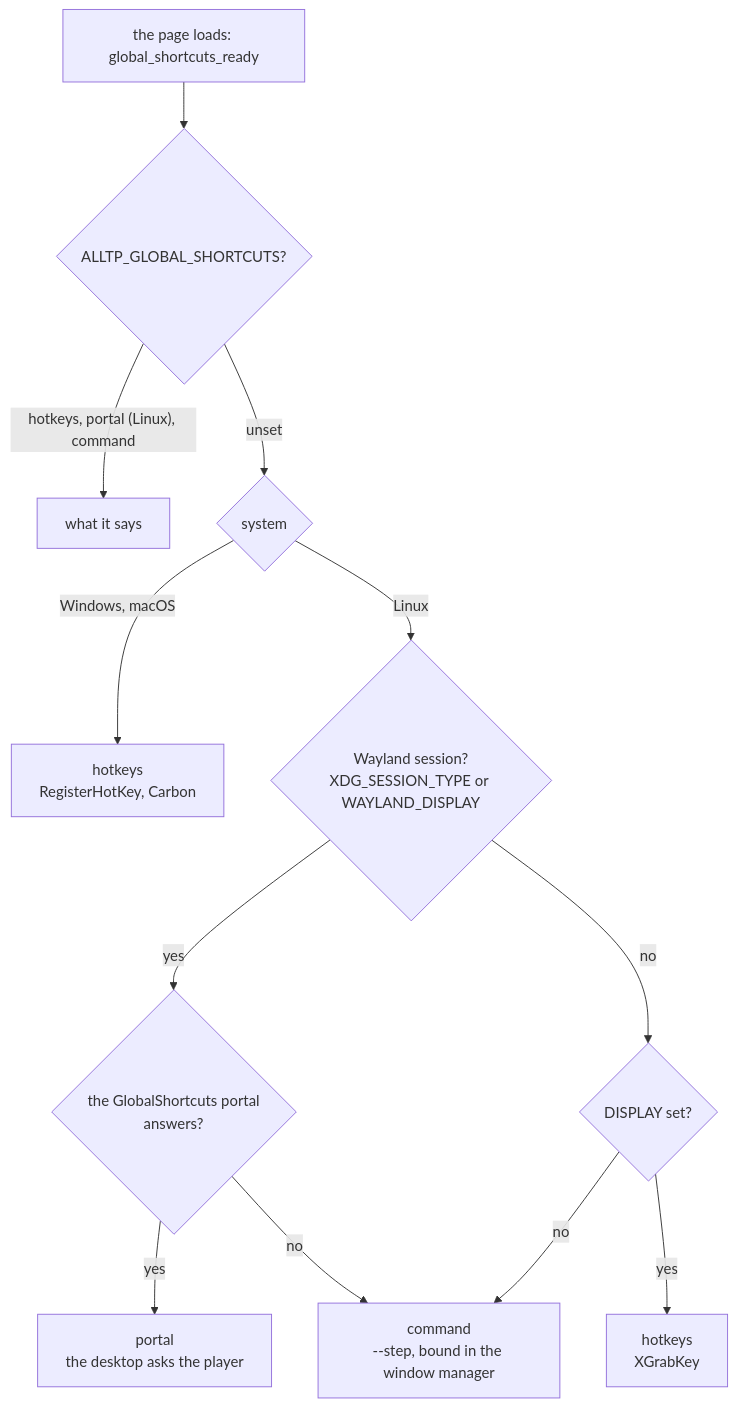
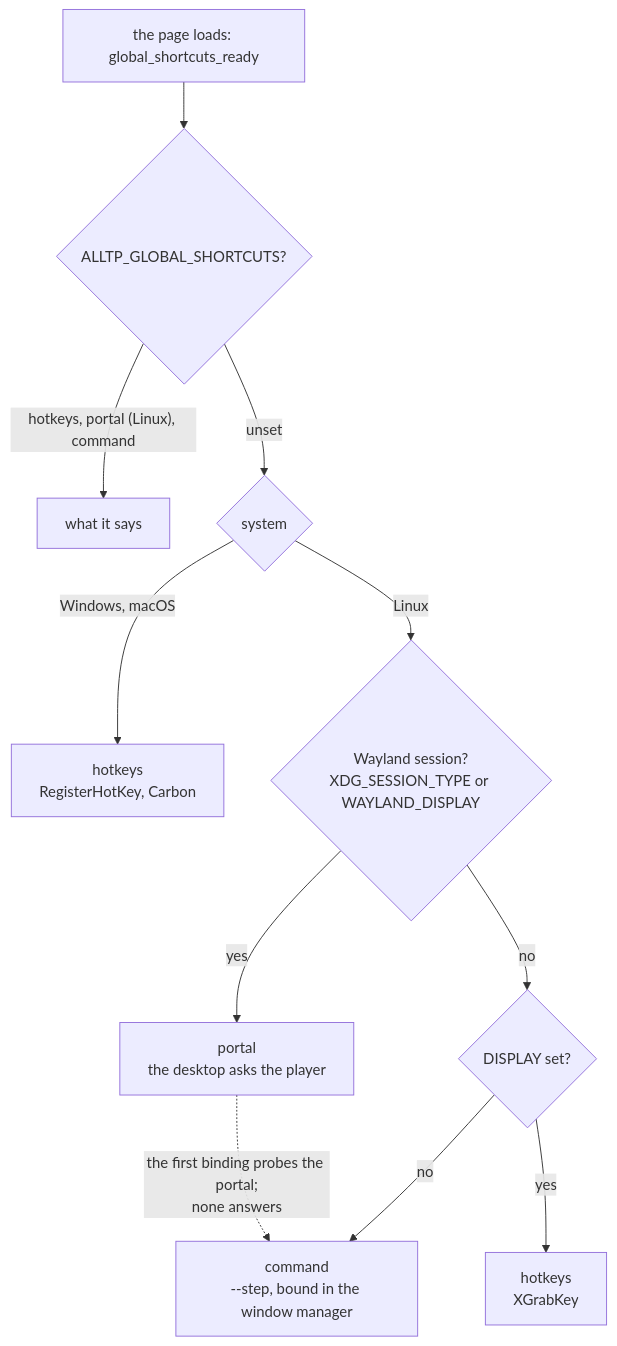
The third of 6 diagrams in docs/desktop.md (kqesar/alltp-tracker), drawn with Mermaid before and after one commit. The commit also changed other lines of this file and 3 other files, not shown here.

First line of the commit message:
fix(desktop): touch nothing on Wayland until the first binding, and bound the probe

````diff
--- a/docs/desktop.md
+++ b/docs/desktop.md
@@ -95,14 +95,13 @@
 ```mermaid
 flowchart TD
   ready["the page loads: global_shortcuts_ready"] --> forced{"ALLTP_GLOBAL_SHORTCUTS?"}
   forced -- "hotkeys, portal (Linux), command" --> chosen["what it says"]
   forced -- "unset" --> os{"system"}
   os -- "Windows, macOS" --> hotkeys["hotkeys<br/>RegisterHotKey, Carbon"]
   os -- "Linux" --> wayland{"Wayland session?<br/>XDG_SESSION_TYPE or WAYLAND_DISPLAY"}
-  wayland -- "yes" --> probe{"the GlobalShortcuts portal<br/>answers?"}
-  probe -- "yes" --> portal["portal<br/>the desktop asks the player"]
-  probe -- "no" --> command["command<br/>--step, bound in the window manager"]
+  wayland -- "yes" --> portal["portal<br/>the desktop asks the player"]
+  portal -. "the first binding probes the portal;<br/>none answers" .-> command["command<br/>--step, bound in the window manager"]
   wayland -- "no" --> display{"DISPLAY set?"}
   display -- "yes" --> x11["hotkeys<br/>XGrabKey"]
   display -- "no" --> command
 ```
````
